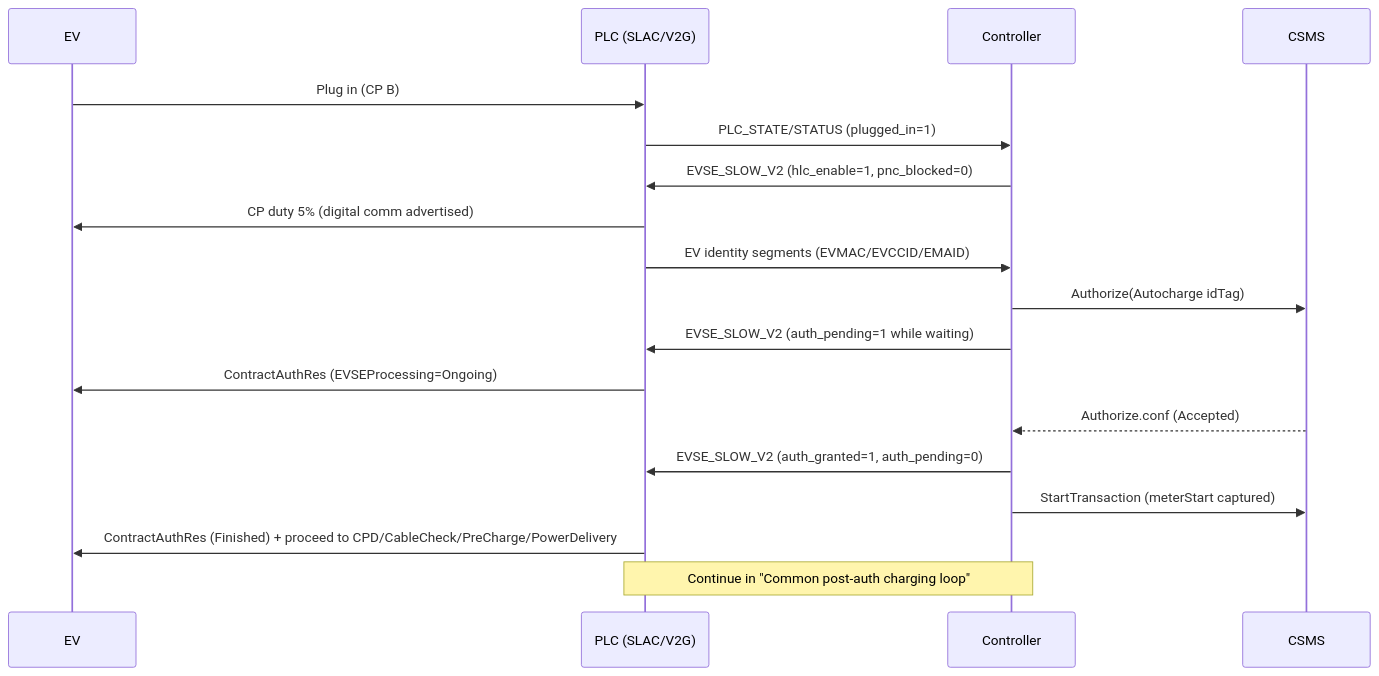
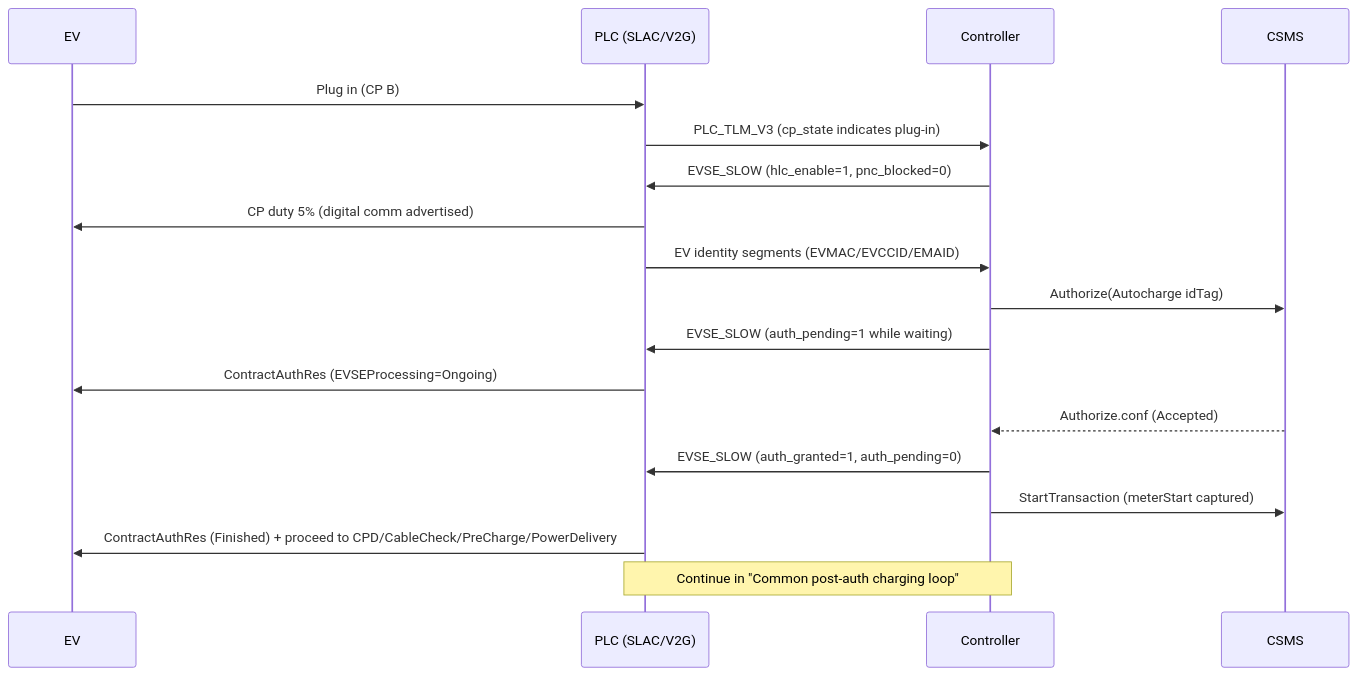
One commit to hyndex/DC-OCPP changed the second of 6 diagrams in README.md. Above: the diagram before and after it, drawn with Mermaid. The commit also changed other lines of this file and 13 other files, not shown here.

````diff
--- a/README.md
+++ b/README.md
@@ -251,21 +251,21 @@
 ```mermaid
 sequenceDiagram
     participant EV
     participant PLC as PLC (SLAC/V2G)
     participant CTRL as Controller
     participant CSMS
 
     EV->>PLC: Plug in (CP B)
-    PLC->>CTRL: PLC_STATE/STATUS (plugged_in=1)
-    CTRL->>PLC: EVSE_SLOW_V2 (hlc_enable=1, pnc_blocked=0)
+    PLC->>CTRL: PLC_TLM_V3 (cp_state indicates plug-in)
+    CTRL->>PLC: EVSE_SLOW (hlc_enable=1, pnc_blocked=0)
     PLC->>EV: CP duty 5% (digital comm advertised)
     PLC->>CTRL: EV identity segments (EVMAC/EVCCID/EMAID)
     CTRL->>CSMS: Authorize(Autocharge idTag)
-    CTRL->>PLC: EVSE_SLOW_V2 (auth_pending=1 while waiting)
+    CTRL->>PLC: EVSE_SLOW (auth_pending=1 while waiting)
     PLC->>EV: ContractAuthRes (EVSEProcessing=Ongoing)
     CSMS-->>CTRL: Authorize.conf (Accepted)
-    CTRL->>PLC: EVSE_SLOW_V2 (auth_granted=1, auth_pending=0)
+    CTRL->>PLC: EVSE_SLOW (auth_granted=1, auth_pending=0)
     CTRL->>CSMS: StartTransaction (meterStart captured)
     PLC->>EV: ContractAuthRes (Finished) + proceed to CPD/CableCheck/PreCharge/PowerDelivery
     Note over PLC,CTRL: Continue in "Common post-auth charging loop"
 ```
````
